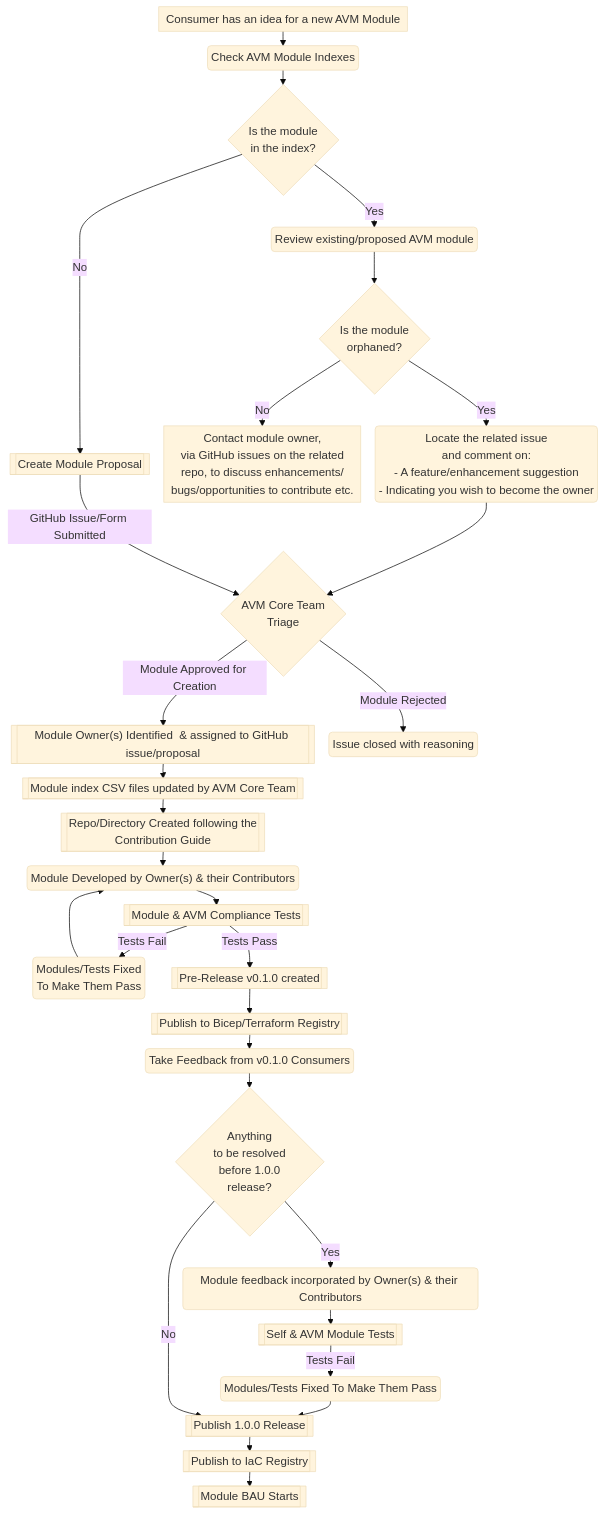
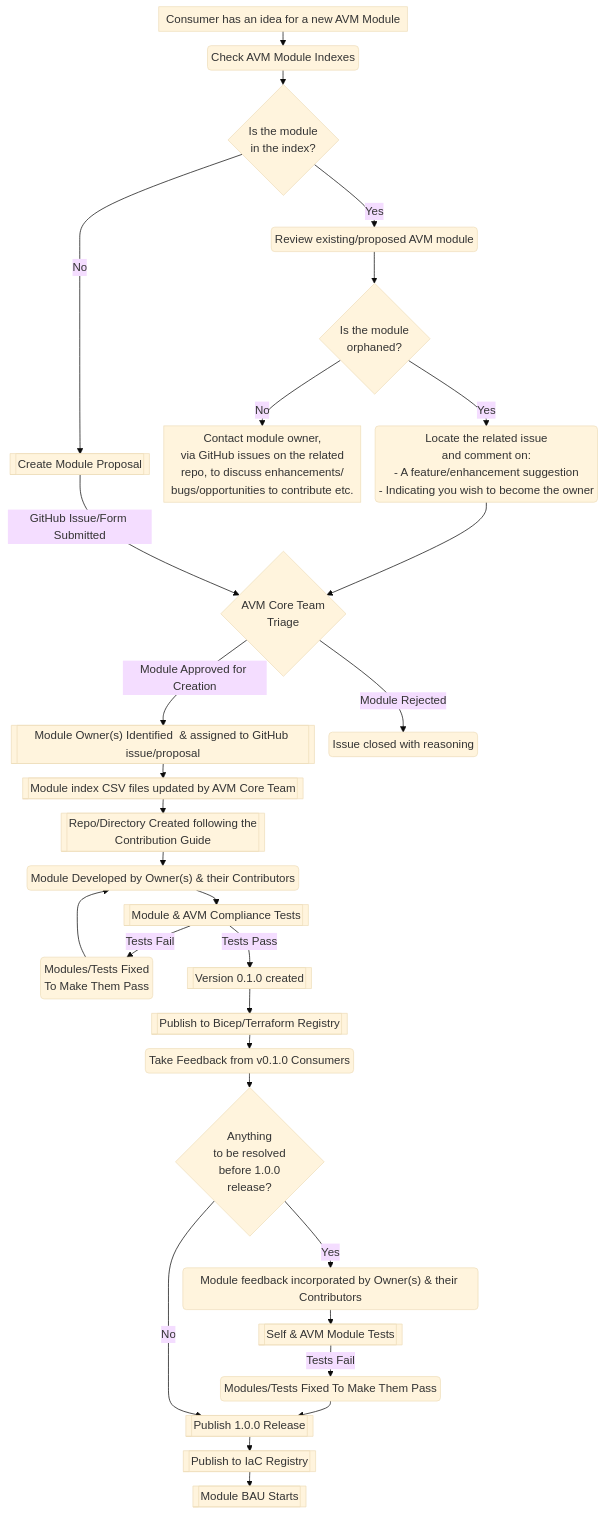
The diagram in docs/content/contributing/process.md (Azure/Azure-Verified-Modules), drawn with Mermaid (base theme) before and after one commit. The commit also changed other lines of this file and 2 other files, not shown here.

Commit message:
address feedback and update pre-release occurrences

```diff
--- a/docs/content/contributing/process.md
+++ b/docs/content/contributing/process.md
@@ -18,52 +18,52 @@
 {{< mermaid zoom="true">}}
 ---
 config:
   nodeSpacing: 20
   rankSpacing: 20
   diagramPadding: 5
   padding: 5
   useWidth: 100
   flowchart:
     wrappingWidth: 400
     padding: 5
 ---
 flowchart TD
     ModuleIdea[Consumer has an idea for a new AVM Module] -->CheckIndex(Check AVM Module Indexes)
         click CheckIndex "{{% siteparam base %}}/indexes/"
     CheckIndex -->IndexExistenceCheck{Is the module<br>in the index?}
     IndexExistenceCheck -->|No|A
     IndexExistenceCheck -->|Yes|EndExistenceCheck(Review existing/proposed AVM module)
     EndExistenceCheck -->OrphanedCheck{ Is the module<br>orphaned? }
         click OrphanedCheck "{{% siteparam base %}}/specs/shared/module-lifecycle/#orphaned-avm-modules"
     OrphanedCheck -->|No|ContactOwner[Contact module owner,<br> via GitHub issues on the related <br>repo, to discuss enhancements/<br>bugs/opportunities to contribute etc.]
     OrphanedCheck -->|Yes|OrphanOwnerYes(Locate the related issue <br> and comment on:<br> - A feature/enhancement suggestion <br> - Indicating you wish to become the owner)
         click OrphanOwnerYes "{{% siteparam base %}}/specs/shared/module-lifecycle/#orphaned-avm-modules"
     OrphanOwnerYes -->B
     A[[ Create Module Proposal ]] -->|GitHub Issue/Form Submitted| B{ AVM Core Team<br>Triage }
         click A "https://aka.ms/avm/moduleproposal"
         click B "{{% siteparam base %}}/help-support/issue-triage/avm-issue-triage/#avm-core-team-triage-explained"
     B -->|Module Approved for Creation| C[["Module Owner(s) Identified  & assigned to GitHub issue/proposal" ]]
     B -->|Module Rejected| D(Issue closed with reasoning)
     C -->E[[ Module index CSV files updated by AVM Core Team]]
         click E "{{% siteparam base %}}/indexes/"
     E -->E1[[Repo/Directory Created following the <br> Contribution Guide ]]
         click E1 "{{% siteparam base %}}/contributing/"
     E1 -->F("Module Developed by Owner(s) & their Contributors")
     F -->G[[ Module & AVM Compliance Tests ]]
         click G "{{% siteparam base %}}/spec/SNFR3"
     G -->|Tests Fail|I(Modules/Tests Fixed <br> To Make Them Pass)
     I -->F
-    G -->|Tests Pass|J[[Pre-Release v0.1.0 created]]
+    G -->|Tests Pass|J[[Version 0.1.0 created]]
     J -->K[[Publish to Bicep/Terraform Registry]]
     K -->L(Take Feedback from v0.1.0 Consumers)
     L -->M{Anything<br>to be resolved <br> before 1.0.0<br>release? }
         click M "{{% siteparam base %}}/contributing/process/#avm-preview-notice"
     M -->|Yes|FixPreV1("Module feedback incorporated by Owner(s) & their Contributors")
     FixPreV1 -->PreV1Tests[[Self & AVM Module Tests]]
     PreV1Tests -->|Tests Fail|PreV1TestsFix(Modules/Tests Fixed To Make Them Pass)
     PreV1TestsFix -->N
     M -->|No|N[[Publish 1.0.0 Release]]
     N -->O[[Publish to IaC Registry]]
     O -->P[[ Module BAU Starts ]]
         click P "{{% siteparam base %}}/help-support/module-support/"
 {{< /mermaid >}}
```
